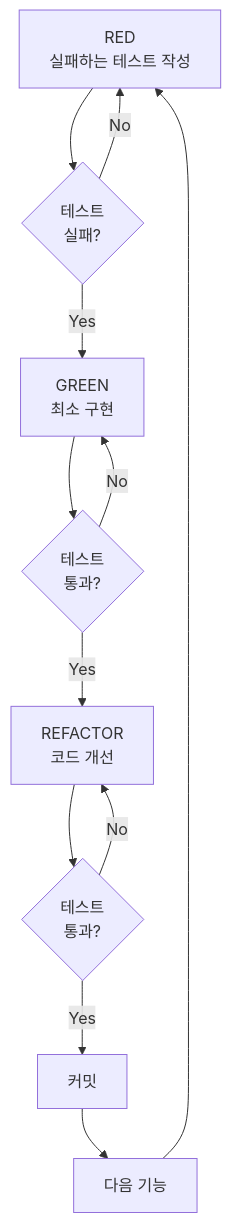
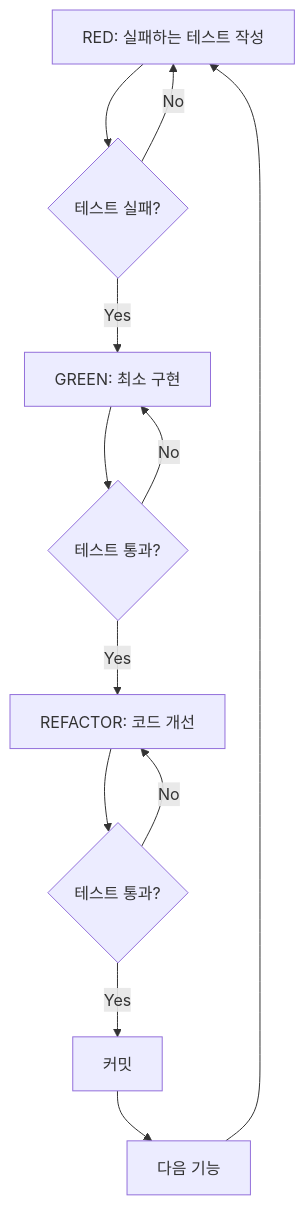
Before and after one commit to modu-ai/moai-adk: the second of 2 diagrams in docs/guide/spec-first-tdd.md, drawn with Mermaid. The commit also changed other lines of this file and 447 other files, not shown here.

````diff
--- a/docs/guide/spec-first-tdd.md
+++ b/docs/guide/spec-first-tdd.md
@@ -25,14 +25,14 @@
 ```mermaid
 graph TD
-    A[RED<br/>실패하는 테스트 작성] --> B{테스트<br/>실패?}
-    B -->|Yes| C[GREEN<br/>최소 구현]
+    A["RED: 실패하는 테스트 작성"] --> B{"테스트 실패?"}
+    B -->|Yes| C["GREEN: 최소 구현"]
     B -->|No| A
-    C --> D{테스트<br/>통과?}
+    C --> D{"테스트 통과?"}
     D -->|No| C
-    D -->|Yes| E[REFACTOR<br/>코드 개선]
-    E --> F{테스트<br/>통과?}
+    D -->|Yes| E["REFACTOR: 코드 개선"]
+    E --> F{"테스트 통과?"}
     F -->|No| E
-    F -->|Yes| G[커밋]
-    G --> H[다음 기능]
+    F -->|Yes| G["커밋"]
+    G --> H["다음 기능"]
     H --> A
 ```
````
